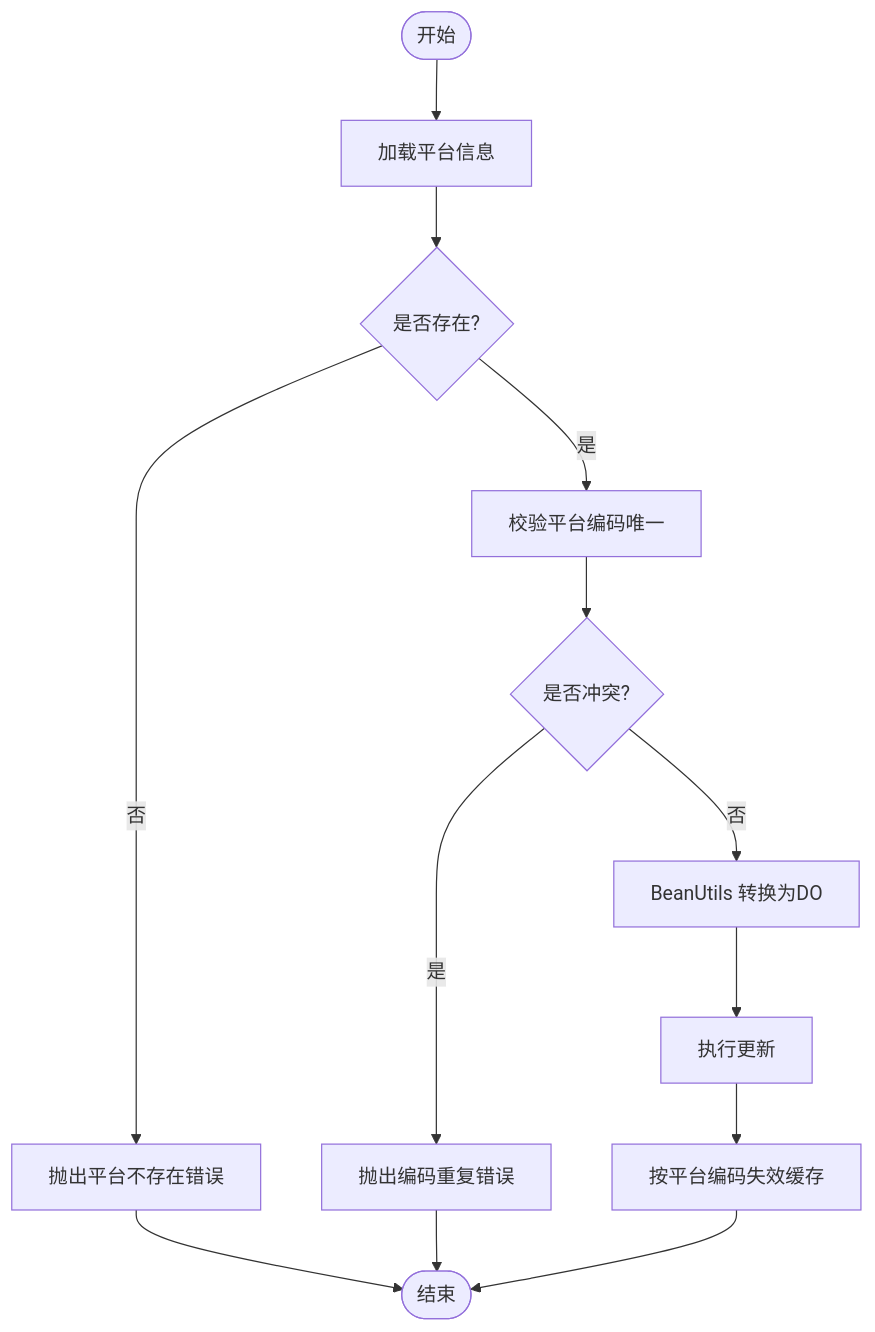
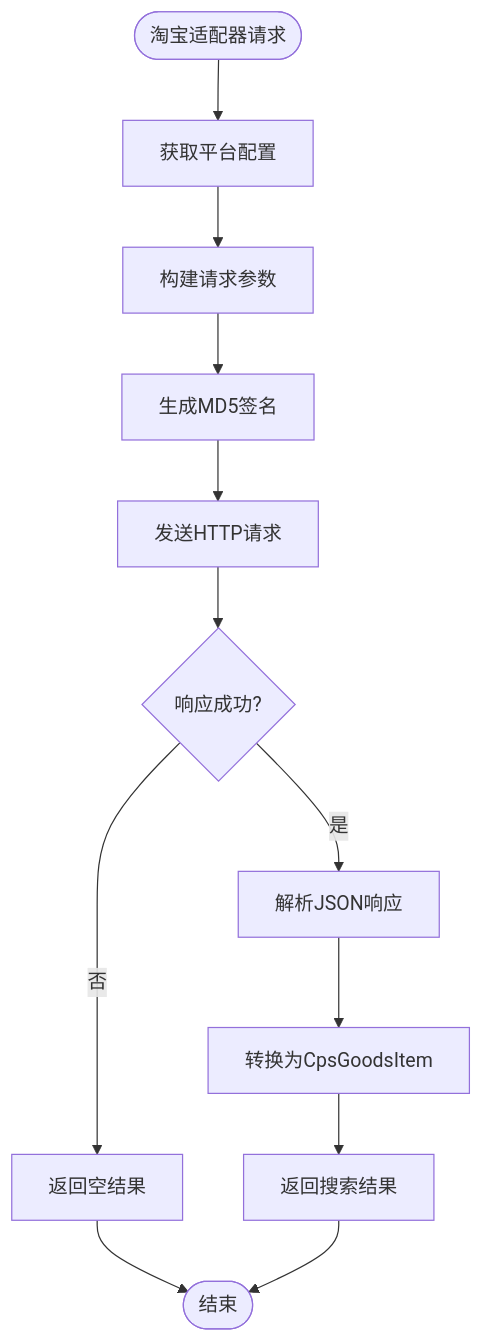
One commit to zhuangpengLI/AgenticCPS changed the sixth of 8 diagrams in .qoder/repowiki/zh/content/后端服务架构/业务模块概览/CPS业务模块/平台适配器系统.md. Above: the diagram before and after it, drawn with Mermaid. The commit also changed other lines of this file and 42 other files, not shown here.

````diff
--- a/.qoder/repowiki/zh/content/后端服务架构/业务模块概览/CPS业务模块/平台适配器系统.md
+++ b/.qoder/repowiki/zh/content/后端服务架构/业务模块概览/CPS业务模块/平台适配器系统.md
@@ -237,15 +380,14 @@
 ```mermaid
 flowchart TD
-Start(["开始"]) --> Load["加载平台信息"]
-Load --> Exists{"是否存在?"}
-Exists --> |否| ThrowNotFound["抛出平台不存在错误"]
-Exists --> |是| Unique["校验平台编码唯一"]
-Unique --> Duplicate{"是否冲突?"}
-Duplicate --> |是| ThrowDup["抛出编码重复错误"]
-Duplicate --> |否| Convert["BeanUtils 转换为DO"]
-Convert --> Update["执行更新"]
-Update --> Evict["按平台编码失效缓存"]
-Evict --> End(["结束"])
-ThrowNotFound --> End
-ThrowDup --> End
+Start(["淘宝适配器请求"]) --> Config["获取平台配置"]
+Config --> Params["构建请求参数"]
+Params --> Sign["生成MD5签名"]
+Sign --> Request["发送HTTP请求"]
+Request --> Response{"响应成功?"}
+Response --> |是| Parse["解析JSON响应"]
+Parse --> Convert["转换为CpsGoodsItem"]
+Convert --> Result["返回搜索结果"]
+Response --> |否| Empty["返回空结果"]
+Empty --> End(["结束"])
+Result --> End
 ```
````
